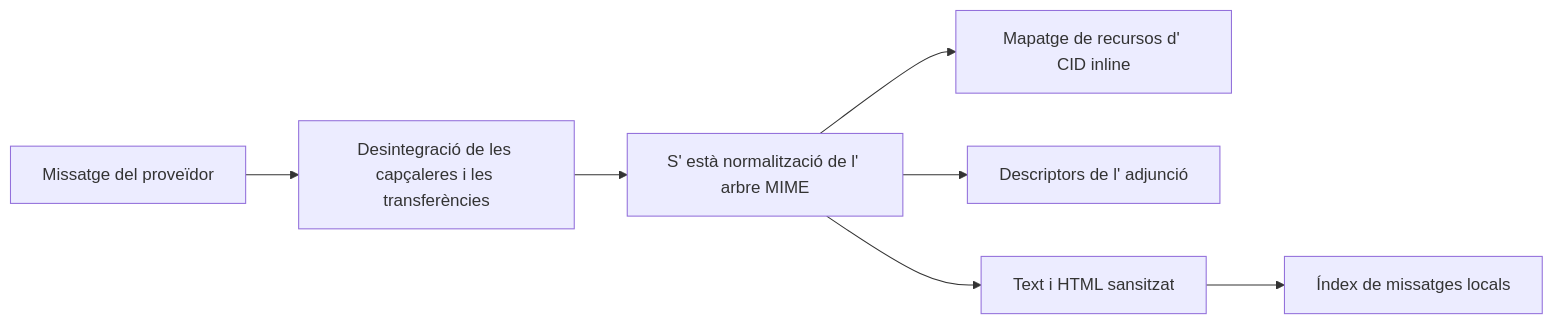
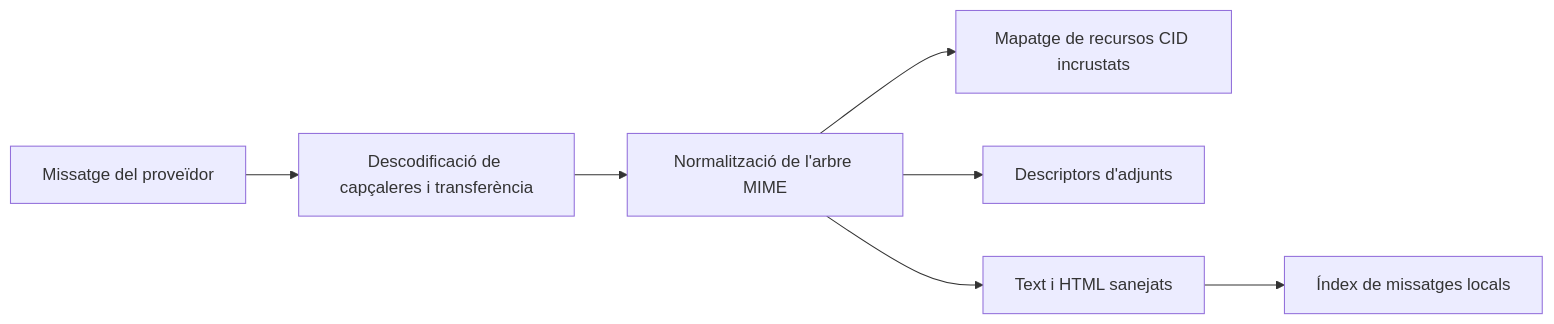
Before and after one commit to ismigar/Gnosi: the diagram in docs/engineering-ca/domains/mail.md, drawn with Mermaid. The commit also changed other lines of this file and 96 other files, not shown here.

````diff
--- a/docs/engineering-ca/domains/mail.md
+++ b/docs/engineering-ca/domains/mail.md
@@ -48,9 +96,9 @@
 ```mermaid
 flowchart LR
-    Raw["Missatge del proveïdor"] --> Decode["Desintegració de les capçaleres i les transferències"]
-    Decode --> MIME["S' està normalització de l' arbre MIME"]
-    MIME --> CID["Mapatge de recursos d' CID inline"]
-    MIME --> Attach["Descriptors de l' adjunció"]
-    MIME --> Body["Text i HTML sansitzat"]
+    Raw["Missatge del proveïdor"] --> Decode["Descodificació de capçaleres i transferència"]
+    Decode --> MIME["Normalització de l'arbre MIME"]
+    MIME --> CID["Mapatge de recursos CID incrustats"]
+    MIME --> Attach["Descriptors d'adjunts"]
+    MIME --> Body["Text i HTML sanejats"]
     Body --> Index["Índex de missatges locals"]
 ```
````
